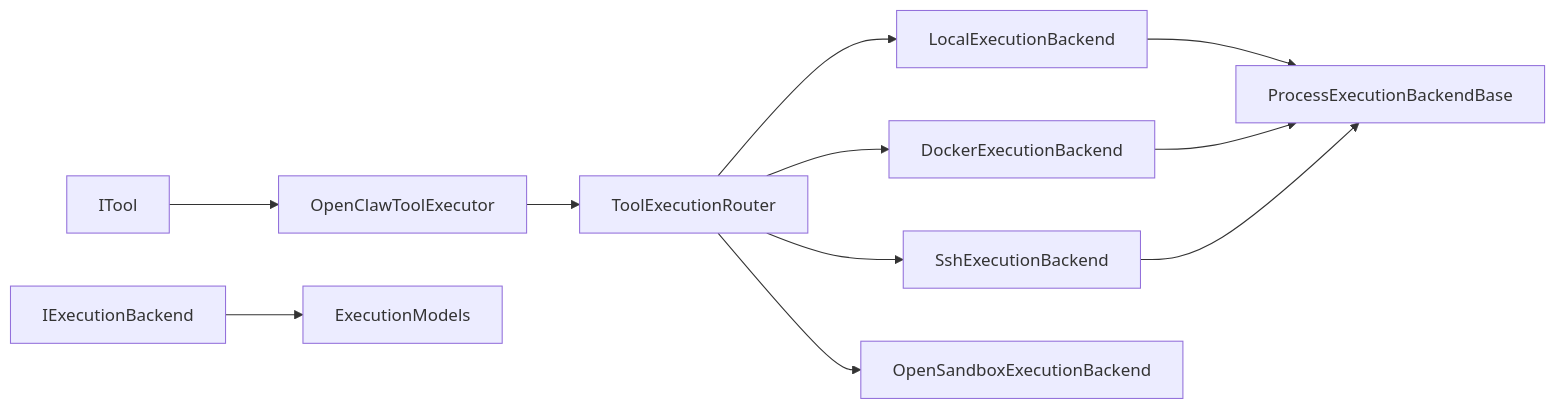
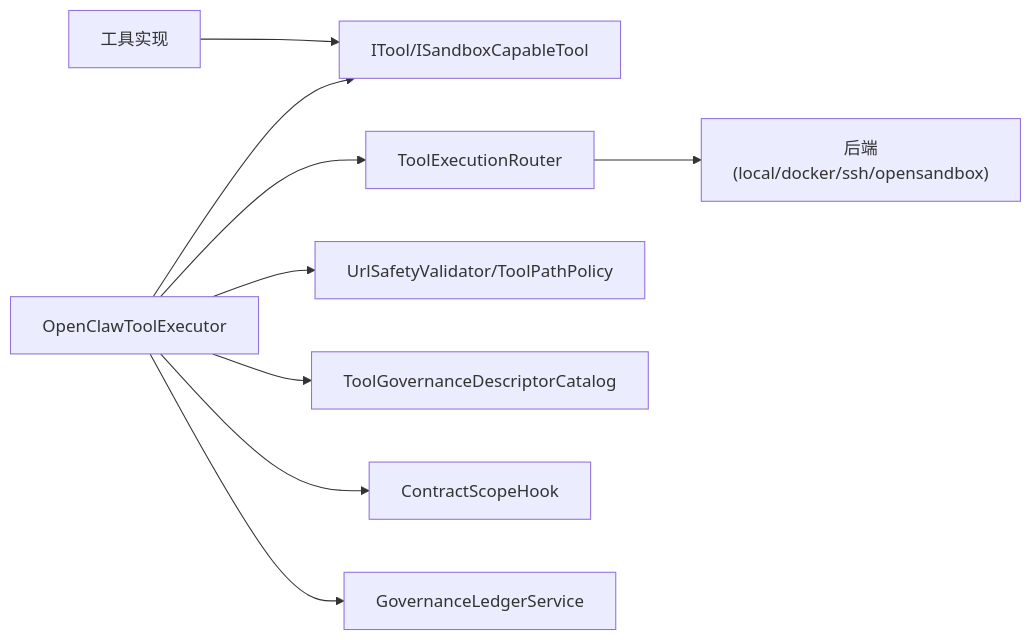
The eighth of 8 diagrams in .qoder/repowiki/zh/content/工具系统/工具系统.md (wayyet/kingcrab), drawn with Mermaid before and after one commit. The commit also changed other lines of this file and 431 other files, not shown here.

````diff
--- a/.qoder/repowiki/zh/content/工具系统/工具系统.md
+++ b/.qoder/repowiki/zh/content/工具系统/工具系统.md
@@ -368,13 +369,11 @@
 ```mermaid
 graph LR
-ITool["ITool"] --> Executor["OpenClawToolExecutor"]
-Executor --> Router["ToolExecutionRouter"]
-Router --> Local["LocalExecutionBackend"]
-Router --> Docker["DockerExecutionBackend"]
-Router --> Ssh["SshExecutionBackend"]
-Router --> OpenSandbox["OpenSandboxExecutionBackend"]
-Local --> ProcBase["ProcessExecutionBackendBase"]
-Docker --> ProcBase
-Ssh --> ProcBase
-IExec["IExecutionBackend"] --> Models["ExecutionModels"]
+Tools["工具实现"] --> ITool["ITool/ISandboxCapableTool"]
+Exec["OpenClawToolExecutor"] --> ITool
+Exec --> Router["ToolExecutionRouter"]
+Router --> Backends["后端(local/docker/ssh/opensandbox)"]
+Exec --> Security["UrlSafetyValidator/ToolPathPolicy"]
+Exec --> Governance["ToolGovernanceDescriptorCatalog"]
+Exec --> Hooks["ContractScopeHook"]
+Exec --> Ledger["GovernanceLedgerService"]
 ```
````
